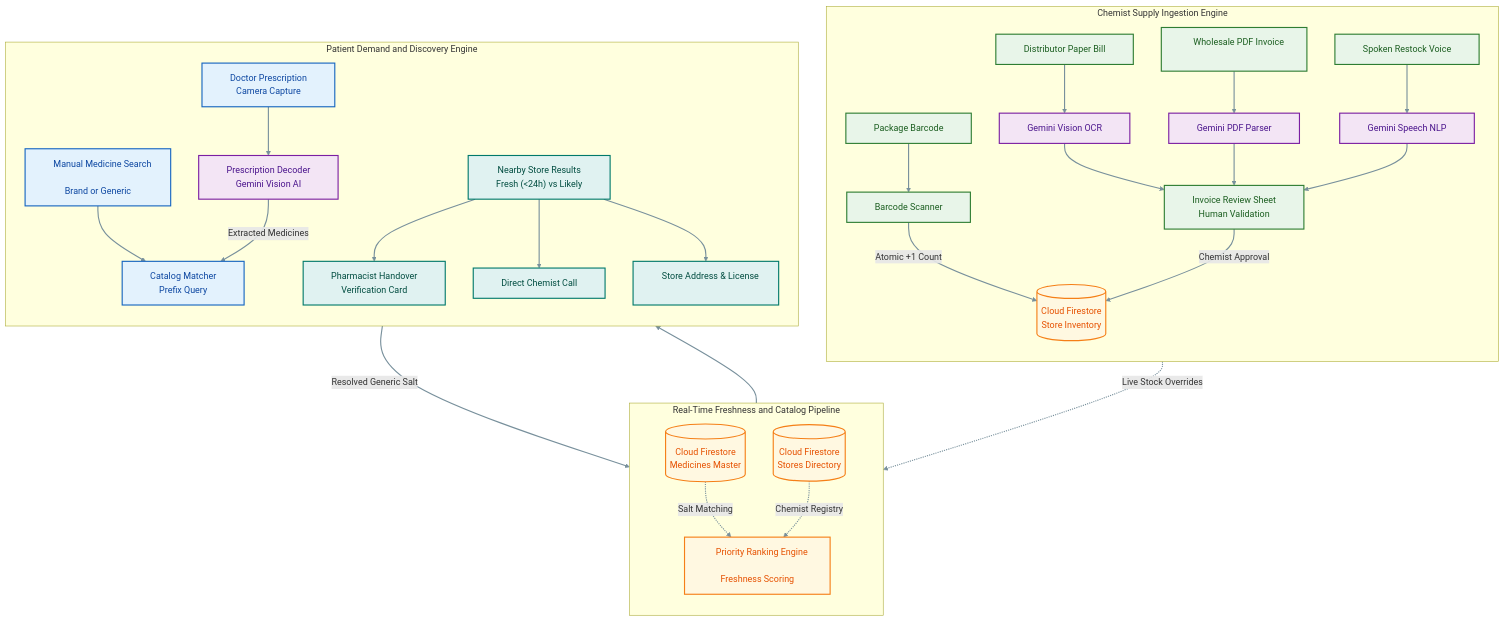
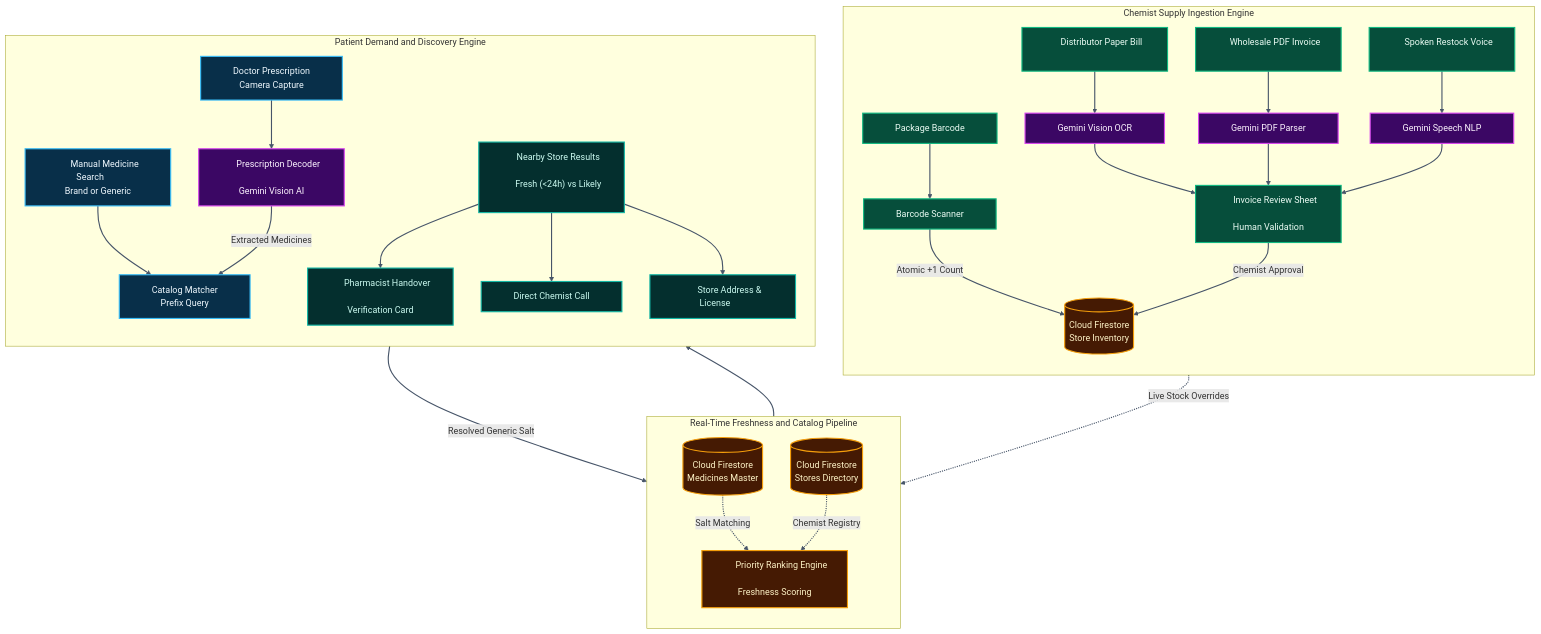
The second of 6 diagrams in README.md (Parth-Chavan-15/MedSetu-TechSprint), drawn with Mermaid before and after one commit. The commit also changed other lines of this file, not shown here.

Commit message:
style: introduce vibrant modern palettes across all flowcharts and maximize node padding

````diff
--- a/README.md
+++ b/README.md
@@ -116,53 +116,53 @@
 ```mermaid
 flowchart TB
     subgraph ChemistEngine["Chemist Supply Ingestion Engine"]
         direction TB
-        C_INV["&nbsp;&nbsp;&nbsp;&nbsp; Distributor Paper Bill &nbsp;&nbsp;&nbsp;&nbsp;"] --> G_INV["&nbsp;&nbsp;&nbsp;&nbsp; Gemini Vision OCR &nbsp;&nbsp;&nbsp;&nbsp;"]
-        C_PDF["&nbsp;&nbsp;&nbsp;&nbsp; Wholesale PDF Invoice &nbsp;&nbsp;&nbsp;&nbsp;"] --> G_PDF["&nbsp;&nbsp;&nbsp;&nbsp; Gemini PDF Parser &nbsp;&nbsp;&nbsp;&nbsp;"]
-        C_VOICE["&nbsp;&nbsp;&nbsp;&nbsp; Spoken Restock Voice &nbsp;&nbsp;&nbsp;&nbsp;"] --> G_NLP["&nbsp;&nbsp;&nbsp;&nbsp; Gemini Speech NLP &nbsp;&nbsp;&nbsp;&nbsp;"]
-        C_BC["&nbsp;&nbsp;&nbsp;&nbsp; Package Barcode &nbsp;&nbsp;&nbsp;&nbsp;"] --> BC_SCAN["&nbsp;&nbsp;&nbsp;&nbsp; Barcode Scanner &nbsp;&nbsp;&nbsp;&nbsp;"]
+        C_INV["&nbsp;&nbsp;&nbsp;&nbsp;&nbsp;&nbsp; Distributor Paper Bill &nbsp;&nbsp;&nbsp;&nbsp;&nbsp;&nbsp;"] --> G_INV["&nbsp;&nbsp;&nbsp;&nbsp;&nbsp;&nbsp; Gemini Vision OCR &nbsp;&nbsp;&nbsp;&nbsp;&nbsp;&nbsp;"]
+        C_PDF["&nbsp;&nbsp;&nbsp;&nbsp;&nbsp;&nbsp; Wholesale PDF Invoice &nbsp;&nbsp;&nbsp;&nbsp;&nbsp;&nbsp;"] --> G_PDF["&nbsp;&nbsp;&nbsp;&nbsp;&nbsp;&nbsp; Gemini PDF Parser &nbsp;&nbsp;&nbsp;&nbsp;&nbsp;&nbsp;"]
+        C_VOICE["&nbsp;&nbsp;&nbsp;&nbsp;&nbsp;&nbsp; Spoken Restock Voice &nbsp;&nbsp;&nbsp;&nbsp;&nbsp;&nbsp;"] --> G_NLP["&nbsp;&nbsp;&nbsp;&nbsp;&nbsp;&nbsp; Gemini Speech NLP &nbsp;&nbsp;&nbsp;&nbsp;&nbsp;&nbsp;"]
+        C_BC["&nbsp;&nbsp;&nbsp;&nbsp;&nbsp;&nbsp; Package Barcode &nbsp;&nbsp;&nbsp;&nbsp;&nbsp;&nbsp;"] --> BC_SCAN["&nbsp;&nbsp;&nbsp;&nbsp;&nbsp;&nbsp; Barcode Scanner &nbsp;&nbsp;&nbsp;&nbsp;&nbsp;&nbsp;"]
 
-        G_INV --> IRS["&nbsp;&nbsp;&nbsp;&nbsp; Invoice Review Sheet &nbsp;&nbsp;&nbsp;&nbsp;<br/>&nbsp;&nbsp;&nbsp;&nbsp; Human Validation &nbsp;&nbsp;&nbsp;&nbsp;"]
+        G_INV --> IRS["&nbsp;&nbsp;&nbsp;&nbsp;&nbsp;&nbsp; Invoice Review Sheet &nbsp;&nbsp;&nbsp;&nbsp;&nbsp;&nbsp;<br/>&nbsp;&nbsp;&nbsp;&nbsp;&nbsp;&nbsp; Human Validation &nbsp;&nbsp;&nbsp;&nbsp;&nbsp;&nbsp;"]
         G_PDF --> IRS
         G_NLP --> IRS
         BC_SCAN -->|Atomic +1 Count| FS_INV
         IRS -->|Chemist Approval| FS_INV[(" Cloud Firestore <br/> Store Inventory ")]
     end
 
     subgraph CoreEngine["Real-Time Freshness and Catalog Pipeline"]
         direction TB
         FS_MED[(" Cloud Firestore <br/> Medicines Master ")]
         FS_STORES[(" Cloud Firestore <br/> Stores Directory ")]
 
-        FS_INV -.->|Live Stock Overrides| RANK["&nbsp;&nbsp;&nbsp;&nbsp; Priority Ranking Engine &nbsp;&nbsp;&nbsp;&nbsp;<br/>&nbsp;&nbsp;&nbsp;&nbsp; Freshness Scoring &nbsp;&nbsp;&nbsp;&nbsp;"]
+        FS_INV -.->|Live Stock Overrides| RANK["&nbsp;&nbsp;&nbsp;&nbsp;&nbsp;&nbsp; Priority Ranking Engine &nbsp;&nbsp;&nbsp;&nbsp;&nbsp;&nbsp;<br/>&nbsp;&nbsp;&nbsp;&nbsp;&nbsp;&nbsp; Freshness Scoring &nbsp;&nbsp;&nbsp;&nbsp;&nbsp;&nbsp;"]
         FS_MED -.->|Salt Matching| RANK
         FS_STORES -.->|Chemist Registry| RANK
     end
 
     subgraph PatientEngine["Patient Demand and Discovery Engine"]
         direction TB
-        P_RX["&nbsp;&nbsp;&nbsp;&nbsp; Doctor Prescription &nbsp;&nbsp;&nbsp;&nbsp;<br/>&nbsp;&nbsp;&nbsp;&nbsp; Camera Capture &nbsp;&nbsp;&nbsp;&nbsp;"] --> G_RX["&nbsp;&nbsp;&nbsp;&nbsp; Prescription Decoder &nbsp;&nbsp;&nbsp;&nbsp;<br/>&nbsp;&nbsp;&nbsp;&nbsp; Gemini Vision AI &nbsp;&nbsp;&nbsp;&nbsp;"]
-        P_TXT["&nbsp;&nbsp;&nbsp;&nbsp; Manual Medicine Search &nbsp;&nbsp;&nbsp;&nbsp;<br/>&nbsp;&nbsp;&nbsp;&nbsp; Brand or Generic &nbsp;&nbsp;&nbsp;&nbsp;"] --> MATCH["&nbsp;&nbsp;&nbsp;&nbsp; Catalog Matcher &nbsp;&nbsp;&nbsp;&nbsp;<br/>&nbsp;&nbsp;&nbsp;&nbsp; Prefix Query &nbsp;&nbsp;&nbsp;&nbsp;"]
+        P_RX["&nbsp;&nbsp;&nbsp;&nbsp;&nbsp;&nbsp; Doctor Prescription &nbsp;&nbsp;&nbsp;&nbsp;&nbsp;&nbsp;<br/>&nbsp;&nbsp;&nbsp;&nbsp;&nbsp;&nbsp; Camera Capture &nbsp;&nbsp;&nbsp;&nbsp;&nbsp;&nbsp;"] --> G_RX["&nbsp;&nbsp;&nbsp;&nbsp;&nbsp;&nbsp; Prescription Decoder &nbsp;&nbsp;&nbsp;&nbsp;&nbsp;&nbsp;<br/>&nbsp;&nbsp;&nbsp;&nbsp;&nbsp;&nbsp; Gemini Vision AI &nbsp;&nbsp;&nbsp;&nbsp;&nbsp;&nbsp;"]
+        P_TXT["&nbsp;&nbsp;&nbsp;&nbsp;&nbsp;&nbsp; Manual Medicine Search &nbsp;&nbsp;&nbsp;&nbsp;&nbsp;&nbsp;<br/>&nbsp;&nbsp;&nbsp;&nbsp;&nbsp;&nbsp; Brand or Generic &nbsp;&nbsp;&nbsp;&nbsp;&nbsp;&nbsp;"] --> MATCH["&nbsp;&nbsp;&nbsp;&nbsp;&nbsp;&nbsp; Catalog Matcher &nbsp;&nbsp;&nbsp;&nbsp;&nbsp;&nbsp;<br/>&nbsp;&nbsp;&nbsp;&nbsp;&nbsp;&nbsp; Prefix Query &nbsp;&nbsp;&nbsp;&nbsp;&nbsp;&nbsp;"]
         G_RX -->|Extracted Medicines| MATCH
         MATCH -->|Resolved Generic Salt| RANK
 
-        RANK --> UI_STORES["&nbsp;&nbsp;&nbsp;&nbsp; Nearby Store Results &nbsp;&nbsp;&nbsp;&nbsp;<br/>&nbsp;&nbsp;&nbsp;&nbsp; Fresh (<24h) vs Likely &nbsp;&nbsp;&nbsp;&nbsp;"]
-        UI_STORES --> ACT_CARD["&nbsp;&nbsp;&nbsp;&nbsp; Pharmacist Handover &nbsp;&nbsp;&nbsp;&nbsp;<br/>&nbsp;&nbsp;&nbsp;&nbsp; Verification Card &nbsp;&nbsp;&nbsp;&nbsp;"]
-        UI_STORES --> ACT_CALL["&nbsp;&nbsp;&nbsp;&nbsp; Direct Chemist Call &nbsp;&nbsp;&nbsp;&nbsp;"]
-        UI_STORES --> ACT_INFO["&nbsp;&nbsp;&nbsp;&nbsp; Store Address & License &nbsp;&nbsp;&nbsp;&nbsp;"]
+        RANK --> UI_STORES["&nbsp;&nbsp;&nbsp;&nbsp;&nbsp;&nbsp; Nearby Store Results &nbsp;&nbsp;&nbsp;&nbsp;&nbsp;&nbsp;<br/>&nbsp;&nbsp;&nbsp;&nbsp;&nbsp;&nbsp; Fresh (<24h) vs Likely &nbsp;&nbsp;&nbsp;&nbsp;&nbsp;&nbsp;"]
+        UI_STORES --> ACT_CARD["&nbsp;&nbsp;&nbsp;&nbsp;&nbsp;&nbsp; Pharmacist Handover &nbsp;&nbsp;&nbsp;&nbsp;&nbsp;&nbsp;<br/>&nbsp;&nbsp;&nbsp;&nbsp;&nbsp;&nbsp; Verification Card &nbsp;&nbsp;&nbsp;&nbsp;&nbsp;&nbsp;"]
+        UI_STORES --> ACT_CALL["&nbsp;&nbsp;&nbsp;&nbsp;&nbsp;&nbsp; Direct Chemist Call &nbsp;&nbsp;&nbsp;&nbsp;&nbsp;&nbsp;"]
+        UI_STORES --> ACT_INFO["&nbsp;&nbsp;&nbsp;&nbsp;&nbsp;&nbsp; Store Address & License &nbsp;&nbsp;&nbsp;&nbsp;&nbsp;&nbsp;"]
     end
 
-    classDef chemist fill:#E8F5E9,stroke:#2E7D32,color:#1B5E20,stroke-width:2px;
-    classDef patient fill:#E3F2FD,stroke:#1565C0,color:#0D47A1,stroke-width:2px;
-    classDef ai fill:#F3E5F5,stroke:#7B1FA2,color:#4A148C,stroke-width:2px;
-    classDef firestore fill:#FFF8E1,stroke:#F57F17,color:#E65100,stroke-width:2px;
-    classDef output fill:#E0F2F1,stroke:#00796B,color:#004D40,stroke-width:2px;
+    classDef chemist fill:#064E3B,stroke:#10B981,color:#ECFDF5,stroke-width:2px;
+    classDef patient fill:#082F49,stroke:#38BDF8,color:#F0F9FF,stroke-width:2px;
+    classDef ai fill:#3B0764,stroke:#D946EF,color:#FDF4FF,stroke-width:2px;
+    classDef firestore fill:#451A03,stroke:#F59E0B,color:#FEF3C7,stroke-width:2px;
+    classDef output fill:#042F2E,stroke:#14B8A6,color:#CCFBF1,stroke-width:2px;
 
     class C_INV,C_PDF,C_VOICE,C_BC,BC_SCAN,IRS chemist;
     class P_RX,P_TXT,MATCH patient;
     class G_INV,G_PDF,G_NLP,G_RX ai;
     class FS_INV,FS_MED,FS_STORES,RANK firestore;
     class UI_STORES,ACT_CARD,ACT_CALL,ACT_INFO output;
 
-    linkStyle default stroke:#78909C,stroke-width:2px;
+    linkStyle default stroke:#475569,stroke-width:2px;
 ```
````
